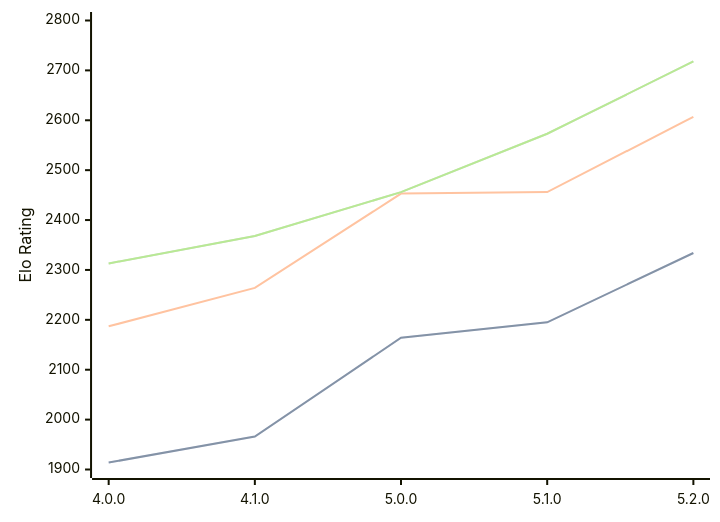
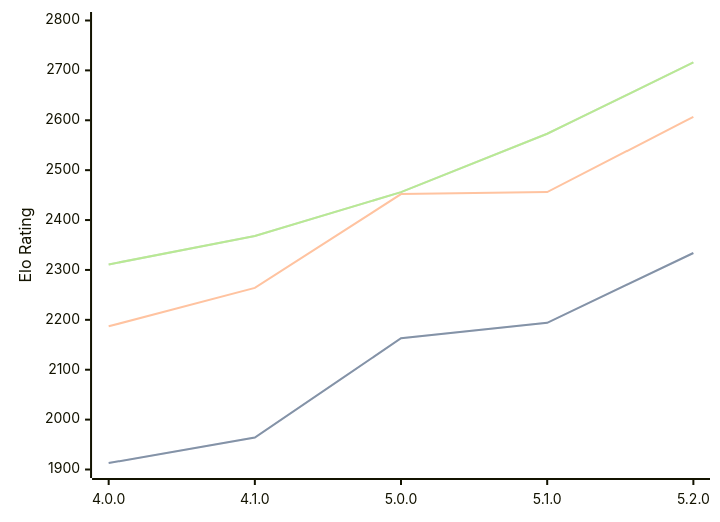
Before and after one commit to computer-chess-index/cci: the diagram in engines/Aconcagua.md, drawn with Mermaid. The commit also changed other lines of this file, not shown here.

Commit message:
Update CCI Ratings (ELO VLTC) - 2026-10-01

````diff
--- a/engines/Aconcagua.md
+++ b/engines/Aconcagua.md
@@ -35,11 +35,11 @@
 ```mermaid
 %%{init: {"theme":"base","themeVariables":{"seriesColors:['#a3a3a3','#222221','#faa371']}}}%%
 xychart-beta
   x-axis ["4.0.0", "4.1.0", "5.0.0", "5.1.0", "5.2.0"]
   y-axis "Elo Rating" 1900 --> 2800
-  line "" [1914, 1966, 2164, 2195, 2334]
-  line "STC (8.0+0.08s)" [1914, 1966, 2164, 2195, 2334]
-  line "LTC (60.0+0.60s)" [2187, 2264, 2453, 2456, 2607]
-  line "" [2313, 2368, 2456, 2573, 2718]
-  line "VLTC (2m24s+1.12s)" [2313, 2368, 2456, 2573, 2718]
+  line "" [1913, 1964, 2163, 2194, 2334]
+  line "STC (8.0+0.08s)" [1913, 1964, 2163, 2194, 2334]
+  line "LTC (60.0+0.60s)" [2187, 2264, 2452, 2456, 2607]
+  line "" [2311, 2368, 2456, 2573, 2716]
+  line "VLTC (2m24s+1.12s)" [2311, 2368, 2456, 2573, 2716]
 ```
````
